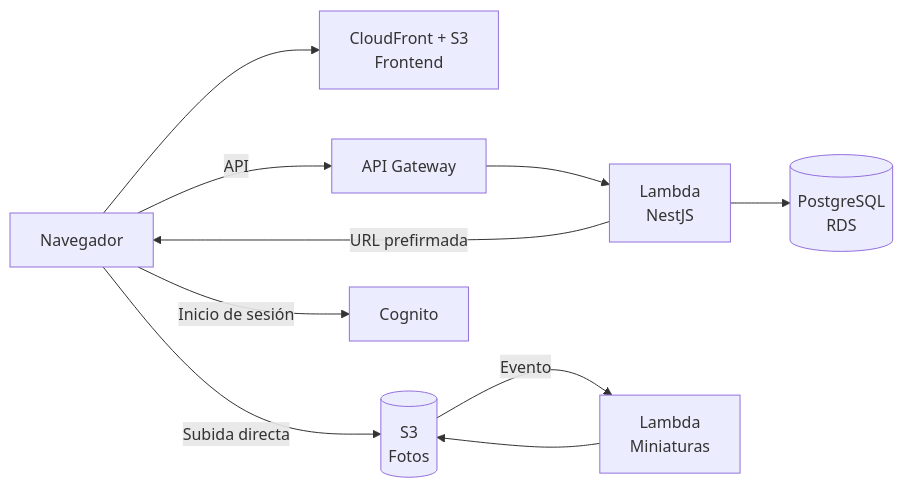
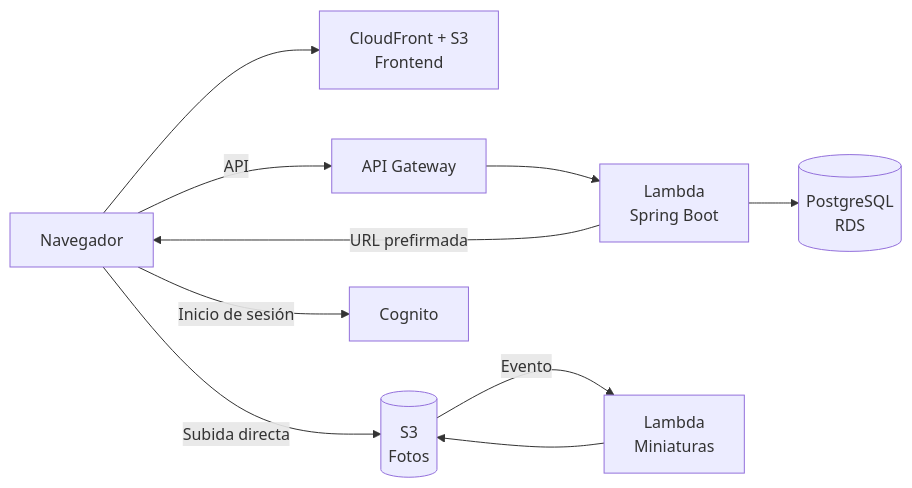
Before and after one commit to Eduard20CR/2026-pictures-pov-app: the diagram in README.md, drawn with Mermaid. The commit also changed other lines of this file and 5 other files, not shown here.

````diff
--- a/README.md
+++ b/README.md
@@ -62,12 +62,12 @@
 ```mermaid
 flowchart LR
     U[Navegador] --> CF[CloudFront + S3<br/>Frontend]
     U -->|API| APIGW[API Gateway]
-    APIGW --> L[Lambda<br/>NestJS]
+    APIGW --> L[Lambda<br/>Spring Boot]
     L --> DB[(PostgreSQL<br/>RDS)]
     L -->|URL prefirmada| U
     U -->|Subida directa| S3[(S3<br/>Fotos)]
     S3 -->|Evento| T[Lambda<br/>Miniaturas]
     T --> S3
     U -->|Inicio de sesión| COG[Cognito]
 ```
````
